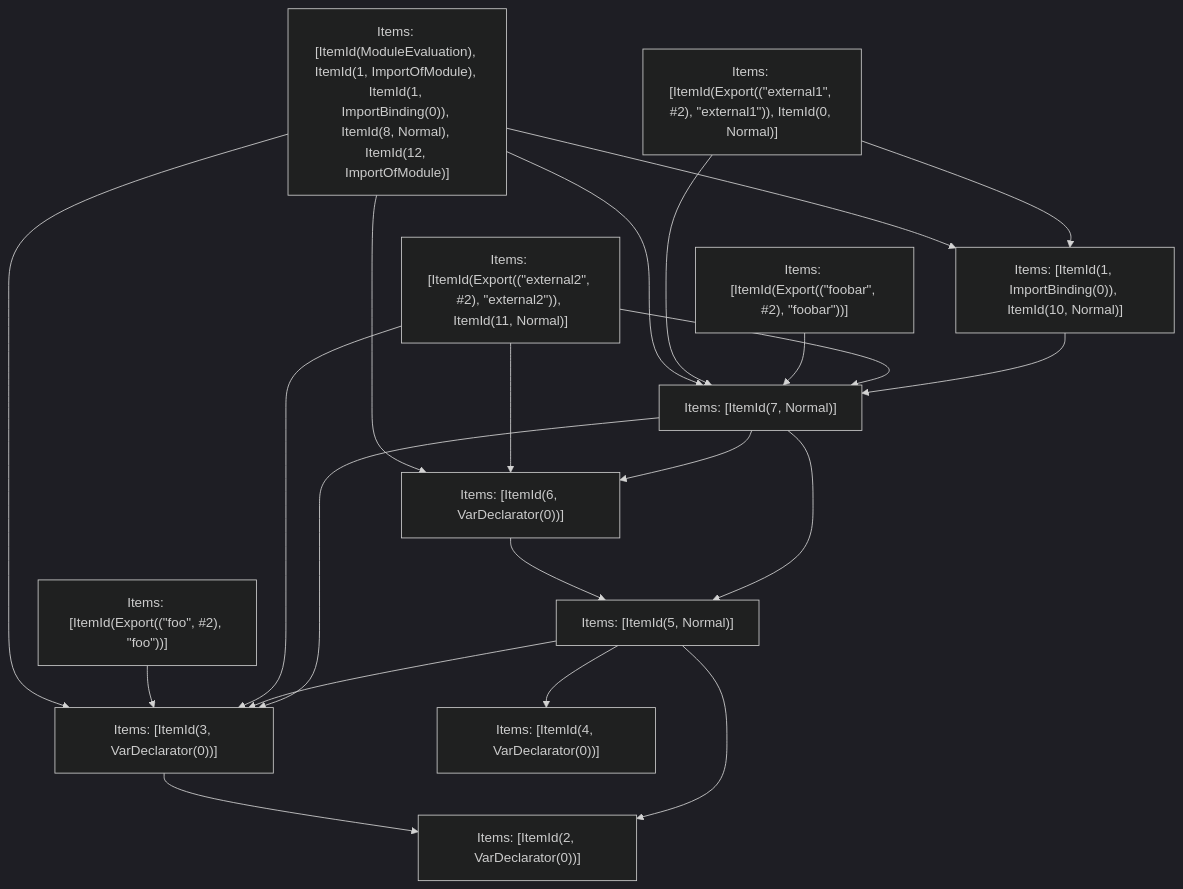
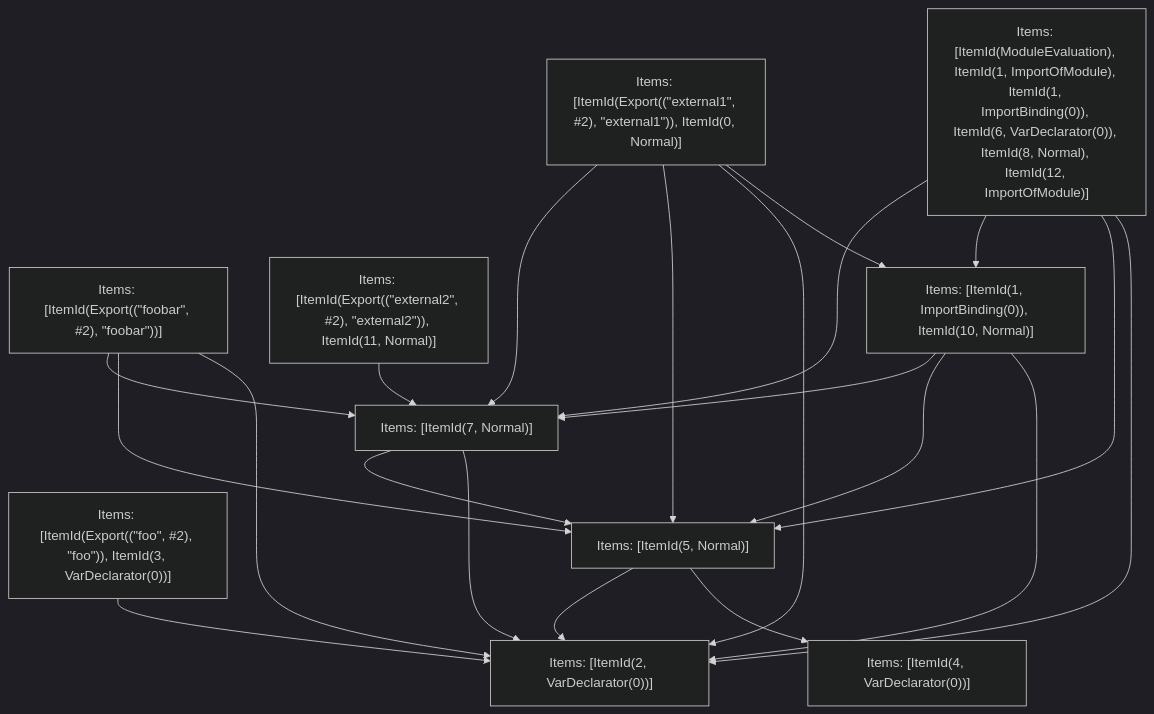
The fifth of 5 diagrams in crates/turbopack-ecmascript/tests/tree-shaker/analyzer/2/output.md (vercel/turborepo), drawn with Mermaid (dark theme) before and after one commit. The commit also changed other lines of this file and 20 other files, not shown here.

````diff
--- a/crates/turbopack-ecmascript/tests/tree-shaker/analyzer/2/output.md
+++ b/crates/turbopack-ecmascript/tests/tree-shaker/analyzer/2/output.md
@@ -348,35 +366,33 @@
 ```mermaid
 graph TD
-    N0["Items: [ItemId(ModuleEvaluation), ItemId(1, ImportOfModule), ItemId(1, ImportBinding(0)), ItemId(8, Normal), ItemId(12, ImportOfModule)]"];
+    N0["Items: [ItemId(ModuleEvaluation), ItemId(1, ImportOfModule), ItemId(1, ImportBinding(0)), ItemId(6, VarDeclarator(0)), ItemId(8, Normal), ItemId(12, ImportOfModule)]"];
     N1["Items: [ItemId(Export((&quot;external1&quot;, #2), &quot;external1&quot;)), ItemId(0, Normal)]"];
     N2["Items: [ItemId(Export((&quot;foobar&quot;, #2), &quot;foobar&quot;))]"];
-    N3["Items: [ItemId(Export((&quot;foo&quot;, #2), &quot;foo&quot;))]"];
+    N3["Items: [ItemId(Export((&quot;foo&quot;, #2), &quot;foo&quot;)), ItemId(3, VarDeclarator(0))]"];
     N4["Items: [ItemId(Export((&quot;external2&quot;, #2), &quot;external2&quot;)), ItemId(11, Normal)]"];
     N5["Items: [ItemId(2, VarDeclarator(0))]"];
-    N6["Items: [ItemId(3, VarDeclarator(0))]"];
-    N7["Items: [ItemId(4, VarDeclarator(0))]"];
-    N8["Items: [ItemId(5, Normal)]"];
-    N9["Items: [ItemId(6, VarDeclarator(0))]"];
-    N10["Items: [ItemId(7, Normal)]"];
-    N11["Items: [ItemId(1, ImportBinding(0)), ItemId(10, Normal)]"];
+    N6["Items: [ItemId(4, VarDeclarator(0))]"];
+    N7["Items: [ItemId(5, Normal)]"];
+    N8["Items: [ItemId(7, Normal)]"];
+    N9["Items: [ItemId(1, ImportBinding(0)), ItemId(10, Normal)]"];
+    N0 --> N5;
+    N0 --> N7;
     N0 --> N9;
-    N0 --> N11;
-    N0 --> N10;
-    N0 --> N6;
-    N1 --> N11;
-    N1 --> N10;
-    N2 --> N10;
-    N3 --> N6;
-    N4 --> N6;
-    N4 --> N9;
-    N4 --> N10;
-    N6 --> N5;
+    N0 --> N8;
+    N1 --> N9;
+    N1 --> N5;
+    N1 --> N7;
+    N1 --> N8;
+    N2 --> N5;
+    N2 --> N7;
+    N2 --> N8;
+    N3 --> N5;
+    N4 --> N8;
+    N7 --> N6;
+    N7 --> N5;
+    N8 --> N5;
     N8 --> N7;
-    N8 --> N5;
-    N8 --> N6;
+    N9 --> N5;
+    N9 --> N7;
     N9 --> N8;
-    N10 --> N8;
-    N10 --> N6;
-    N10 --> N9;
-    N11 --> N10;
 ```
````
